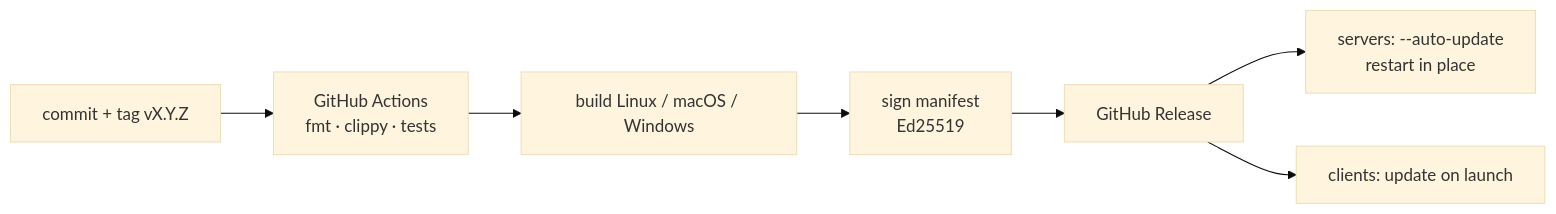
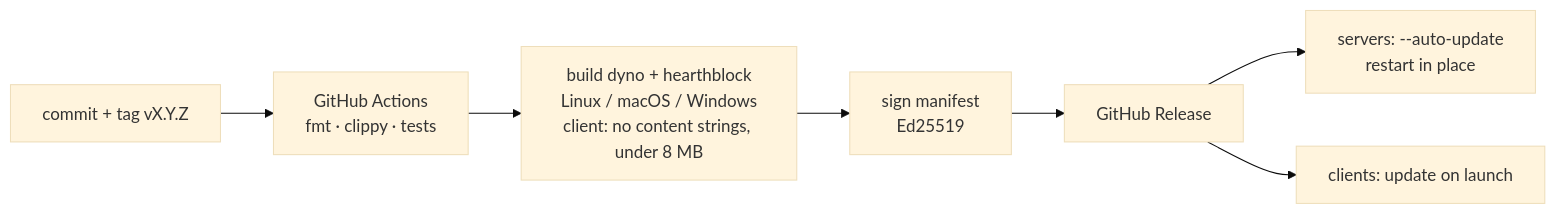
The eighth of 8 diagrams in docs/architecture.md (mortondev/dyno), drawn with Mermaid (base theme) before and after one commit. The commit also changed other lines of this file and 35 other files, not shown here.

````diff
--- a/docs/architecture.md
+++ b/docs/architecture.md
@@ -336,9 +357,9 @@
 ```mermaid
 flowchart LR
   Dev[commit + tag vX.Y.Z] --> CI[GitHub Actions<br/>fmt · clippy · tests]
-  CI --> Build[build Linux / macOS / Windows]
+  CI --> Build[build dyno + hearthblock<br/>Linux / macOS / Windows<br/>client: no content strings, under 8 MB]
   Build --> Sign[sign manifest<br/>Ed25519]
   Sign --> Rel[GitHub Release]
   Rel --> Srv[servers: --auto-update<br/>restart in place]
   Rel --> Cli[clients: update on launch]
 ```
````
